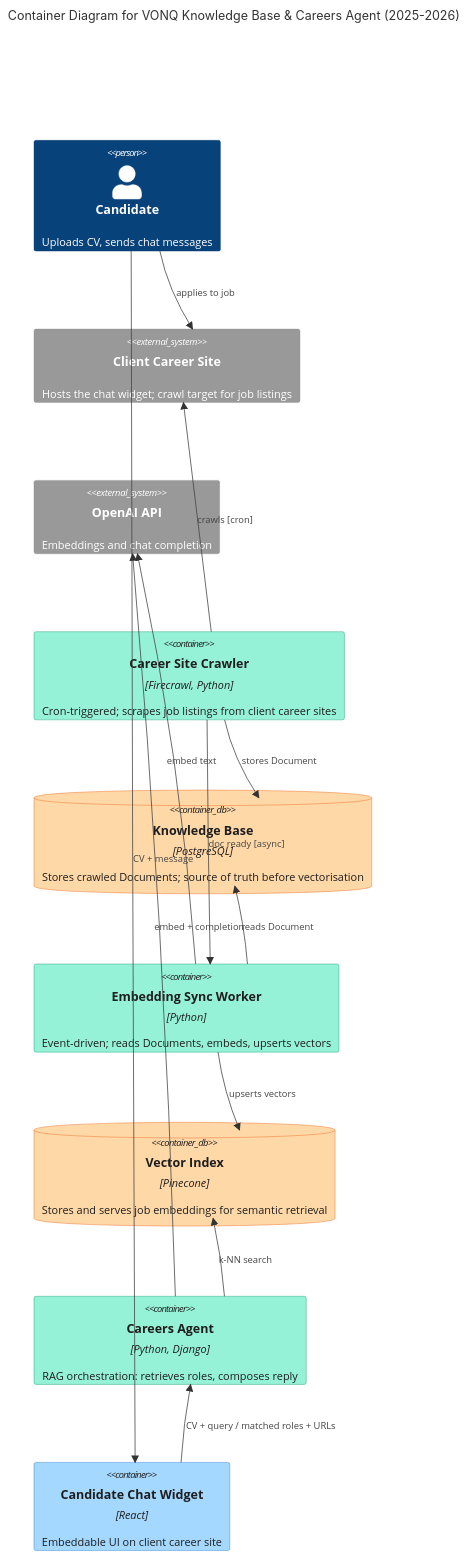
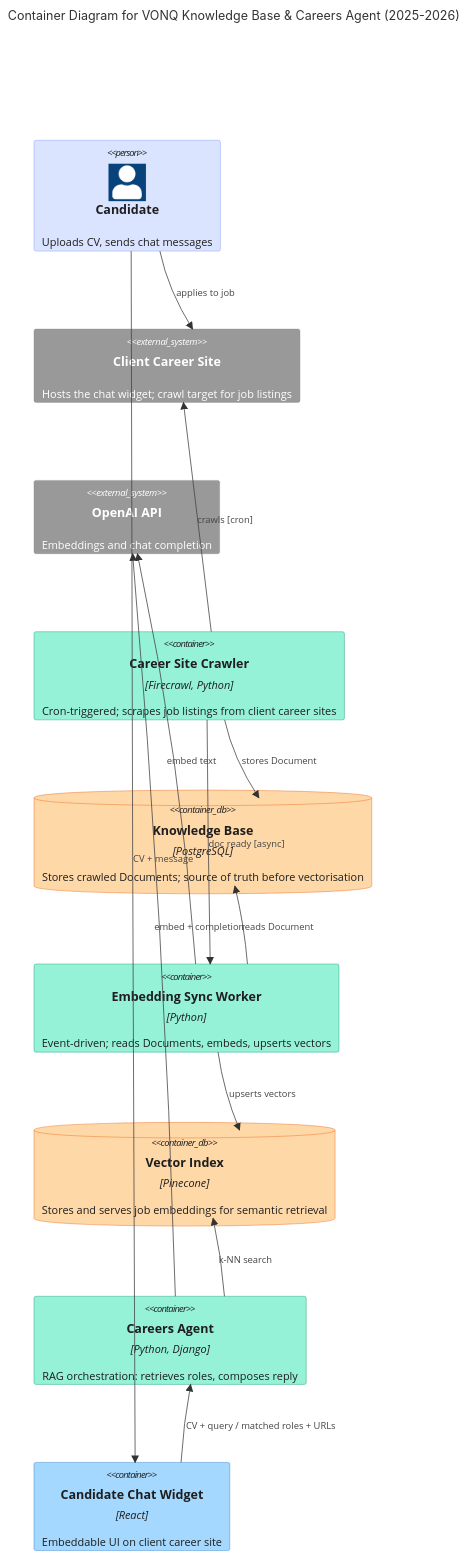
Before and after one commit to cmin764/portfolio: the diagram in src/diagrams/vonq-knowledge-base.md, drawn with Mermaid. The commit also changed 4 other files, not shown here.

````diff
--- a/src/diagrams/vonq-knowledge-base.md
+++ b/src/diagrams/vonq-knowledge-base.md
@@ -29,38 +29,39 @@
 ```mermaid
 C4Container
   title Container Diagram for VONQ Knowledge Base & Careers Agent (2025-2026)
 
   UpdateLayoutConfig($c4ShapeInRow="3", $c4BoundaryInRow="1")
 
   Person(candidate, "Candidate", "Uploads CV, sends chat messages")
 
   System_Ext(clientSite, "Client Career Site", "Hosts the chat widget; crawl target for job listings")
   System_Ext(openai, "OpenAI API", "Embeddings and chat completion")
 
   Container(crawler, "Career Site Crawler", "Firecrawl, Python", "Cron-triggered; scrapes job listings from client career sites")
   ContainerDb(kb, "Knowledge Base", "PostgreSQL", "Stores crawled Documents; source of truth before vectorisation")
   Container(syncer, "Embedding Sync Worker", "Python", "Event-driven; reads Documents, embeds, upserts vectors")
   ContainerDb(pinecone, "Vector Index", "Pinecone", "Stores and serves job embeddings for semantic retrieval")
   Container(agent, "Careers Agent", "Python, Django", "RAG orchestration: retrieves roles, composes reply")
   Container(widget, "Candidate Chat Widget", "React", "Embeddable UI on client career site")
 
   Rel_U(crawler, clientSite, "crawls [cron]")
   Rel_R(crawler, kb, "stores Document")
   Rel_R(crawler, syncer, "doc ready [async]")
   Rel_L(syncer, kb, "reads Document")
   Rel_R(syncer, openai, "embed text")
   Rel_D(syncer, pinecone, "upserts vectors")
 
   Rel_L(candidate, widget, "CV + message")
   Rel_U(widget, agent, "CV + query / matched roles + URLs")
   Rel_U(agent, openai, "embed + completion")
   Rel_L(agent, pinecone, "k-NN search")
   Rel_U(candidate, clientSite, "applies to job")
 
+  UpdateElementStyle(candidate, $fontColor="#1e1e1e", $bgColor="#dbe4ff", $borderColor="#748ffc")
   UpdateElementStyle(widget, $fontColor="#1e1e1e", $bgColor="#a5d8ff", $borderColor="#1971c2")
   UpdateElementStyle(crawler, $fontColor="#1e1e1e", $bgColor="#96f2d7", $borderColor="#099268")
   UpdateElementStyle(syncer, $fontColor="#1e1e1e", $bgColor="#96f2d7", $borderColor="#099268")
   UpdateElementStyle(agent, $fontColor="#1e1e1e", $bgColor="#96f2d7", $borderColor="#099268")
   UpdateElementStyle(kb, $fontColor="#1e1e1e", $bgColor="#ffd8a8", $borderColor="#e8590c")
   UpdateElementStyle(pinecone, $fontColor="#1e1e1e", $bgColor="#ffd8a8", $borderColor="#e8590c")
 ```
````
